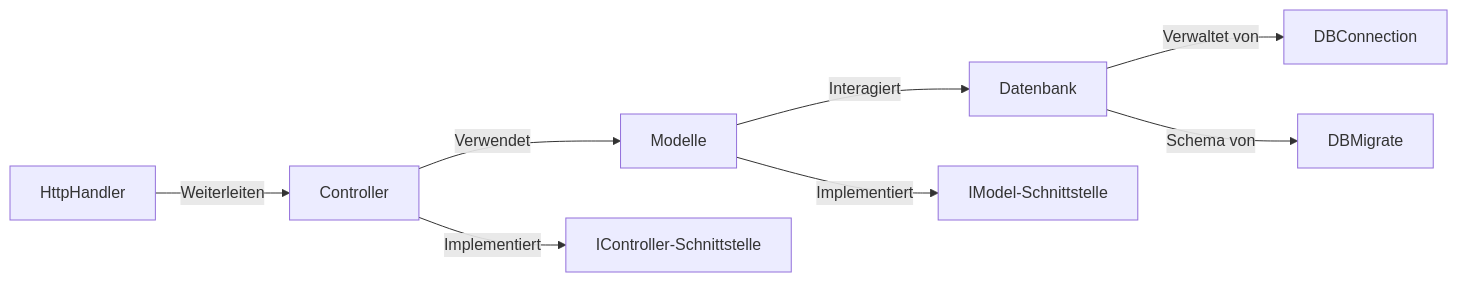
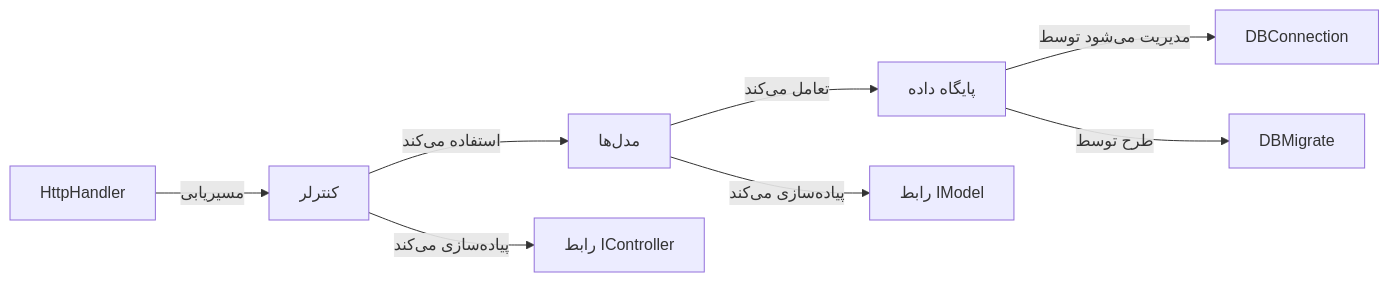
The fourth of 4 diagrams in DOCUMENTATION.de.md (secure73/MicrosPy), drawn with Mermaid before and after one commit. The commit also changed other lines of this file and 2 other files, not shown here.

````diff
--- a/DOCUMENTATION.de.md
+++ b/DOCUMENTATION.de.md
@@ -584,10 +586,10 @@
 ```mermaid
 graph LR
-    A[HttpHandler] -->|Weiterleiten| B[Controller]
-    B -->|Verwendet| C[Modelle]
-    C -->|Interagiert| D[Datenbank]
-    B -->|Implementiert| E[IController-Schnittstelle]
-    C -->|Implementiert| F[IModel-Schnittstelle]
-    D -->|Verwaltet von| G[DBConnection]
-    D -->|Schema von| H[DBMigrate]
+    A[HttpHandler] -->|مسیریابی| B[کنترلر]
+    B -->|استفاده می‌کند| C[مدل‌ها]
+    C -->|تعامل می‌کند| D[پایگاه داده]
+    B -->|پیاده‌سازی می‌کند| E[رابط IController]
+    C -->|پیاده‌سازی می‌کند| F[رابط IModel]
+    D -->|مدیریت می‌شود توسط| G[DBConnection]
+    D -->|طرح توسط| H[DBMigrate]
 ```
````
